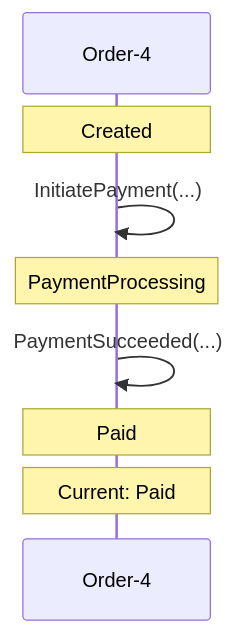
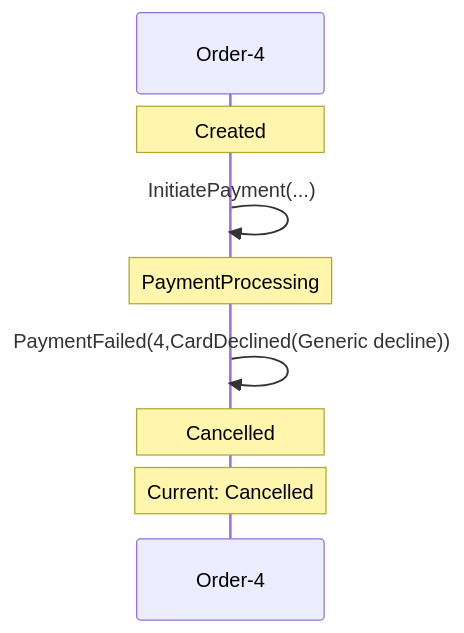
Before and after one commit to Iterable/mechanoid: the second of 3 diagrams in docs/visualizations/order-4-trace.md, drawn with Mermaid. The commit also changed other lines of this file and 23 other files, not shown here.

````diff
--- a/docs/visualizations/order-4-trace.md
+++ b/docs/visualizations/order-4-trace.md
@@ -45,10 +32,10 @@
 ```mermaid
 sequenceDiagram
     participant FSM as Order-4
     Note over FSM: Created
     FSM->>FSM: InitiatePayment(...)
     Note over FSM: PaymentProcessing
-    FSM->>FSM: PaymentSucceeded(...)
-    Note over FSM: Paid
-    Note over FSM: Current: Paid
+    FSM->>FSM: PaymentFailed(4,CardDeclined(Generic decline))
+    Note over FSM: Cancelled
+    Note over FSM: Current: Cancelled
 ```
````
